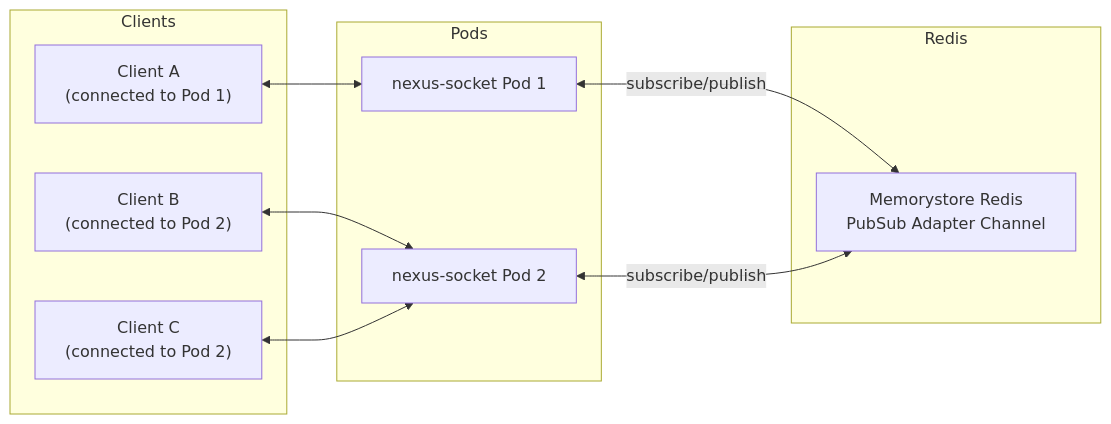
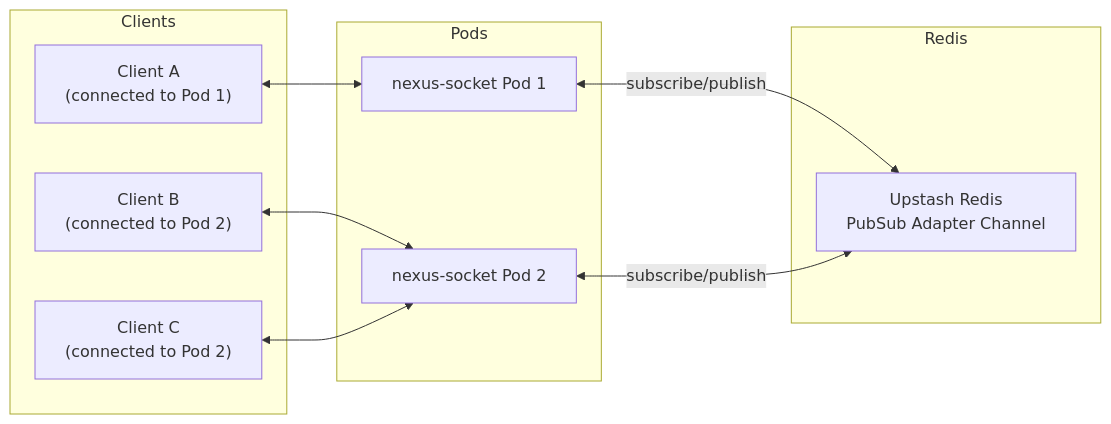
Before and after one commit to Nexus-chat-5039/Nexus-chat: the sixth of 24 diagrams in ARCHITECTURE.md, drawn with Mermaid. The commit also changed other lines of this file and 38 other files, not shown here.

Commit message:
feat: implement minimal architecture with custom JWT auth

````diff
--- a/ARCHITECTURE.md
+++ b/ARCHITECTURE.md
@@ -579,24 +601,24 @@
 ```mermaid
 graph LR
     subgraph Clients
         C1["Client A\n(connected to Pod 1)"]
         C2["Client B\n(connected to Pod 2)"]
         C3["Client C\n(connected to Pod 2)"]
     end
 
     subgraph Pods
         P1["nexus-socket Pod 1"]
         P2["nexus-socket Pod 2"]
     end
 
     subgraph Redis
-        PUB["Memorystore Redis\nPubSub Adapter Channel"]
+        PUB["Upstash Redis\nPubSub Adapter Channel"]
     end
 
     C1 <--> P1
     C2 <--> P2
     C3 <--> P2
 
     P1 <-->|subscribe/publish| PUB
     P2 <-->|subscribe/publish| PUB
 ```
````
